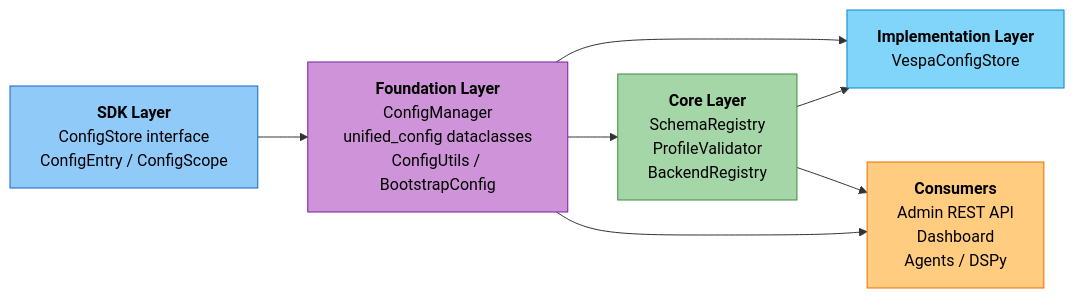
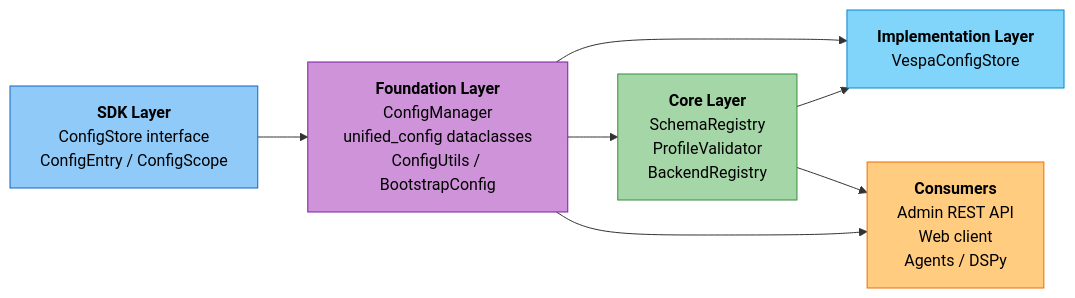
The diagram in docs/CONFIGURATION_SYSTEM.md (amit-jain/cogniverse), drawn with Mermaid before and after one commit. The commit also changed other lines of this file and 241 other files, not shown here.

````diff
--- a/docs/CONFIGURATION_SYSTEM.md
+++ b/docs/CONFIGURATION_SYSTEM.md
@@ -29,21 +29,21 @@
 ```mermaid
 flowchart LR
     SDK["<span style='color:#000'><b>SDK Layer</b><br/>ConfigStore interface<br/>ConfigEntry / ConfigScope</span>"]
     Foundation["<span style='color:#000'><b>Foundation Layer</b><br/>ConfigManager<br/>unified_config dataclasses<br/>ConfigUtils / BootstrapConfig</span>"]
     Core["<span style='color:#000'><b>Core Layer</b><br/>SchemaRegistry<br/>ProfileValidator<br/>BackendRegistry</span>"]
     Impl["<span style='color:#000'><b>Implementation Layer</b><br/>VespaConfigStore</span>"]
-    Consumers["<span style='color:#000'><b>Consumers</b><br/>Admin REST API<br/>Dashboard<br/>Agents / DSPy</span>"]
+    Consumers["<span style='color:#000'><b>Consumers</b><br/>Admin REST API<br/>Web client<br/>Agents / DSPy</span>"]
 
     SDK --> Foundation
     Foundation --> Core
     Foundation --> Impl
     Core --> Impl
     Core --> Consumers
     Foundation --> Consumers
 
     style SDK fill:#90caf9,stroke:#1565c0,color:#000
     style Foundation fill:#ce93d8,stroke:#7b1fa2,color:#000
     style Core fill:#a5d6a7,stroke:#388e3c,color:#000
     style Impl fill:#81d4fa,stroke:#0288d1,color:#000
     style Consumers fill:#ffcc80,stroke:#ef6c00,color:#000
 ```
````
